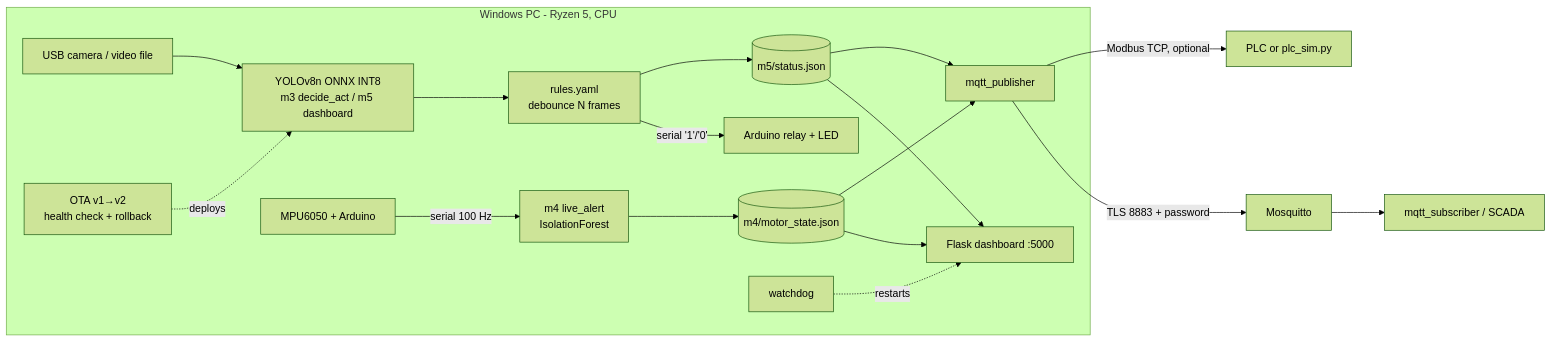
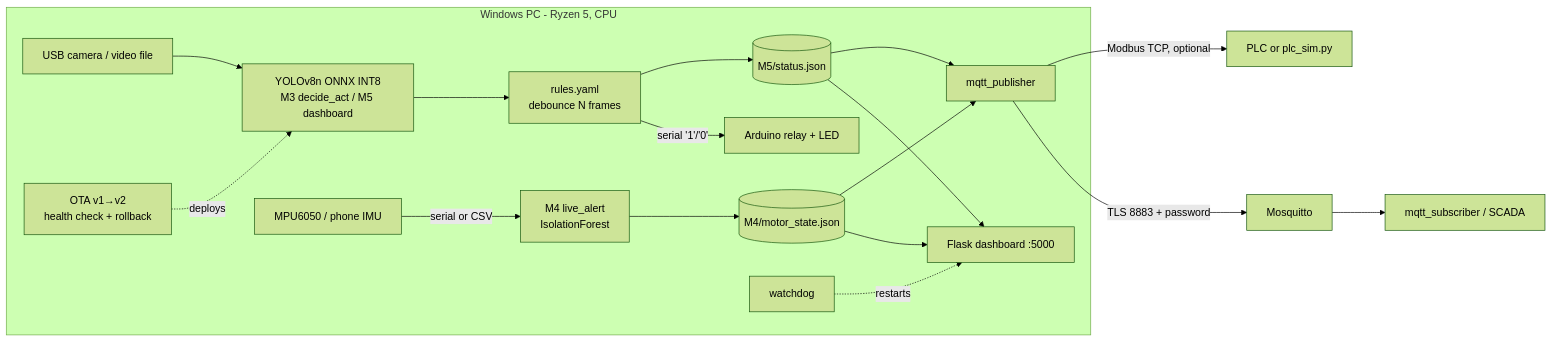
Before and after one commit to JSairam2007/enclosure: the diagram in README.md, drawn with Mermaid (forest theme). The commit also changed other lines of this file and 124 other files, not shown here.

````diff
--- a/README.md
+++ b/README.md
@@ -15,20 +16,20 @@
 ```mermaid
 flowchart LR
   subgraph Edge PC [Windows PC - Ryzen 5, CPU]
-    CAM[USB camera / video file] --> DET[YOLOv8n ONNX INT8<br/>m3 decide_act / m5 dashboard]
+    CAM[USB camera / video file] --> DET[YOLOv8n ONNX INT8<br/>M3 decide_act / M5 dashboard]
     DET --> RULE[rules.yaml<br/>debounce N frames]
     RULE -->|serial '1'/'0'| ARD[Arduino relay + LED]
-    RULE --> STATUS[(m5/status.json)]
-    IMU[MPU6050 + Arduino] -->|serial 100 Hz| LIVE[m4 live_alert<br/>IsolationForest]
-    LIVE --> MOTOR[(m4/motor_state.json)]
+    RULE --> STATUS[(M5/status.json)]
+    IMU[MPU6050 / phone IMU] -->|serial or CSV| LIVE[M4 live_alert<br/>IsolationForest]
+    LIVE --> MOTOR[(M4/motor_state.json)]
     STATUS --> DASH[Flask dashboard :5000]
     MOTOR --> DASH
     STATUS --> PUB[mqtt_publisher]
     MOTOR --> PUB
     WD[watchdog] -.restarts.-> DASH
     OTA[OTA v1→v2<br/>health check + rollback] -.deploys.-> DET
   end
   PUB -->|TLS 8883 + password| BROKER[Mosquitto]
   BROKER --> SUB[mqtt_subscriber / SCADA]
   PUB -->|Modbus TCP, optional| PLC[PLC or plc_sim.py]
 ```
````
